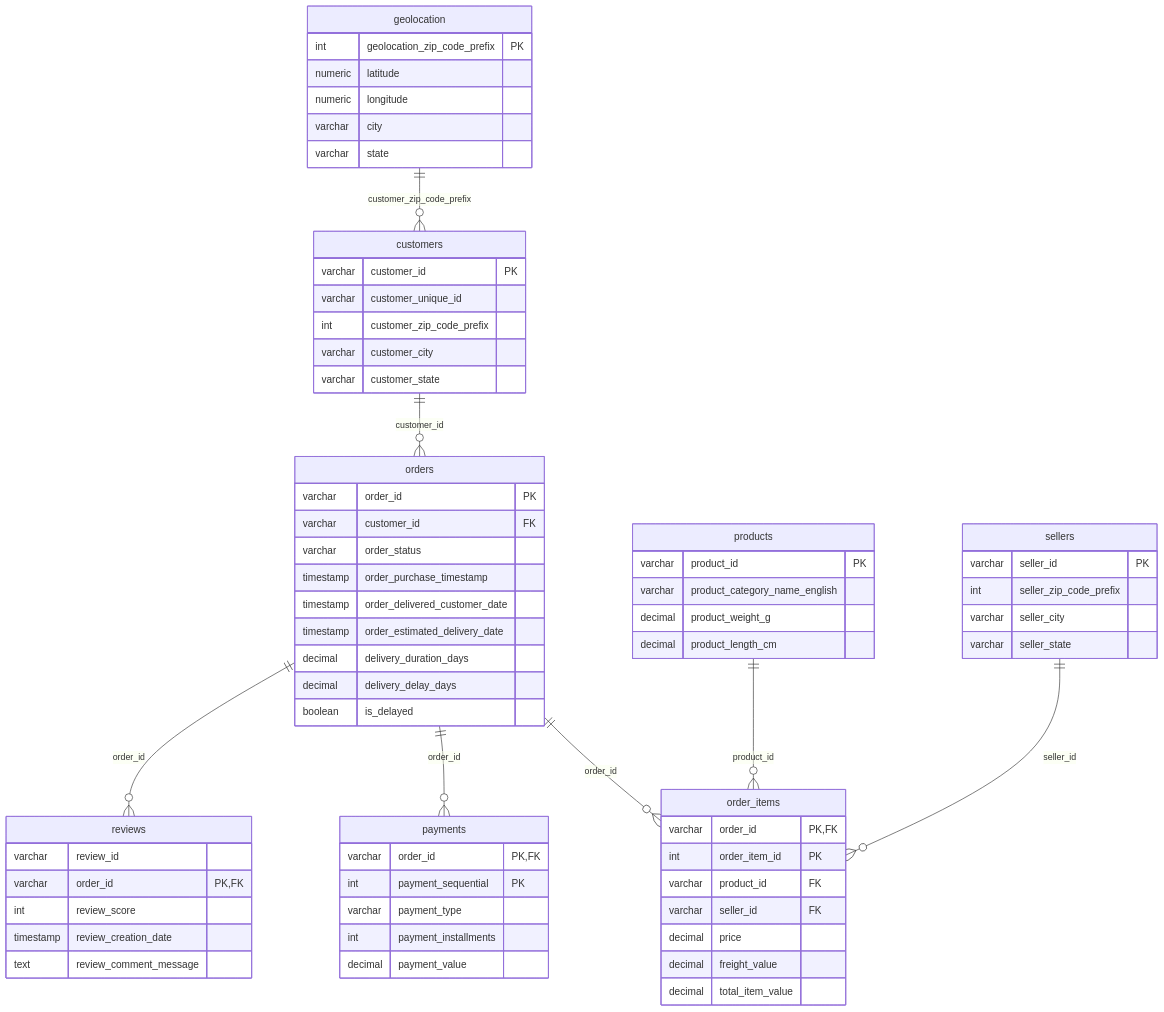
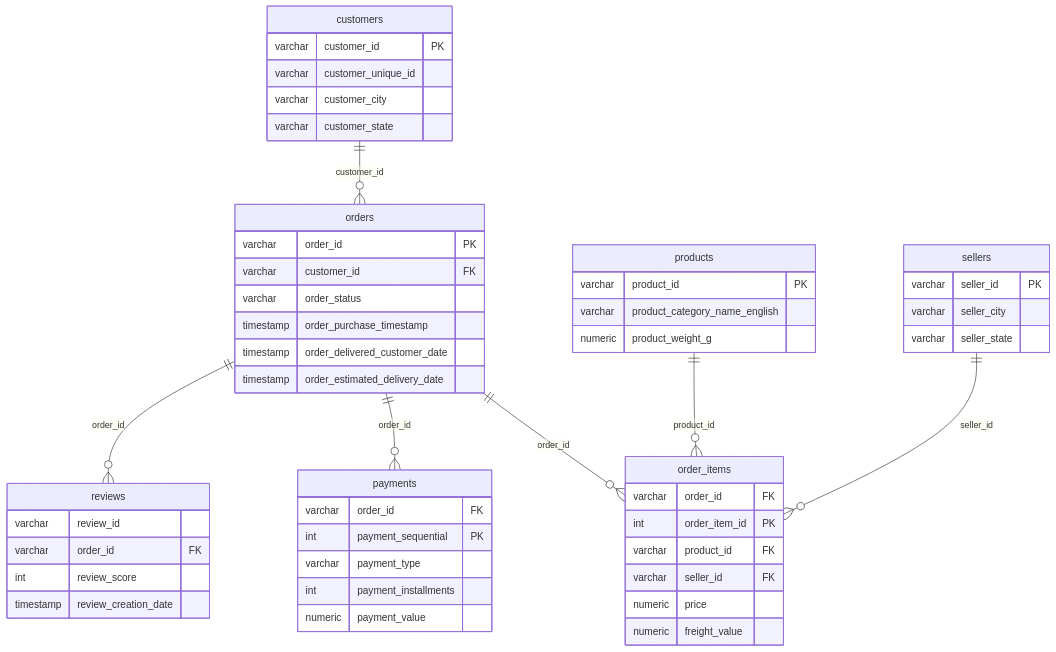
Before and after one commit to poojitha-k-dev/Customer-Retention-Revenue-Intelligence-Analytics: the second of 2 diagrams in README.md, drawn with Mermaid. The commit also changed other lines of this file, not shown here.

````diff
--- a/README.md
+++ b/README.md
@@ -94,78 +125,55 @@
 ```mermaid
 erDiagram
-    geolocation ||--o{ customers : "customer_zip_code_prefix"
     customers ||--o{ orders : "customer_id"
     orders ||--o{ order_items : "order_id"
     orders ||--o{ payments : "order_id"
     orders ||--o{ reviews : "order_id"
     products ||--o{ order_items : "product_id"
     sellers ||--o{ order_items : "seller_id"
 
     customers {
         varchar customer_id PK
         varchar customer_unique_id
-        int customer_zip_code_prefix
         varchar customer_city
         varchar customer_state
     }
-
     orders {
         varchar order_id PK
         varchar customer_id FK
         varchar order_status
         timestamp order_purchase_timestamp
         timestamp order_delivered_customer_date
         timestamp order_estimated_delivery_date
-        decimal delivery_duration_days
-        decimal delivery_delay_days
-        boolean is_delayed
     }
-
     order_items {
-        varchar order_id PK, FK
+        varchar order_id FK
         int order_item_id PK
         varchar product_id FK
         varchar seller_id FK
-        decimal price
-        decimal freight_value
-        decimal total_item_value
+        numeric price
+        numeric freight_value
     }
-
     payments {
-        varchar order_id PK, FK
+        varchar order_id FK
         int payment_sequential PK
         varchar payment_type
         int payment_installments
-        decimal payment_value
+        numeric payment_value
     }
-
     reviews {
         varchar review_id
-        varchar order_id PK, FK
+        varchar order_id FK
         int review_score
         timestamp review_creation_date
-        text review_comment_message
     }
-
     products {
         varchar product_id PK
         varchar product_category_name_english
-        decimal product_weight_g
-        decimal product_length_cm
+        numeric product_weight_g
     }
-
     sellers {
         varchar seller_id PK
-        int seller_zip_code_prefix
         varchar seller_city
         varchar seller_state
     }
-
-    geolocation {
-        int geolocation_zip_code_prefix PK
-        numeric latitude
-        numeric longitude
-        varchar city
-        varchar state
-    }
 ```
````
